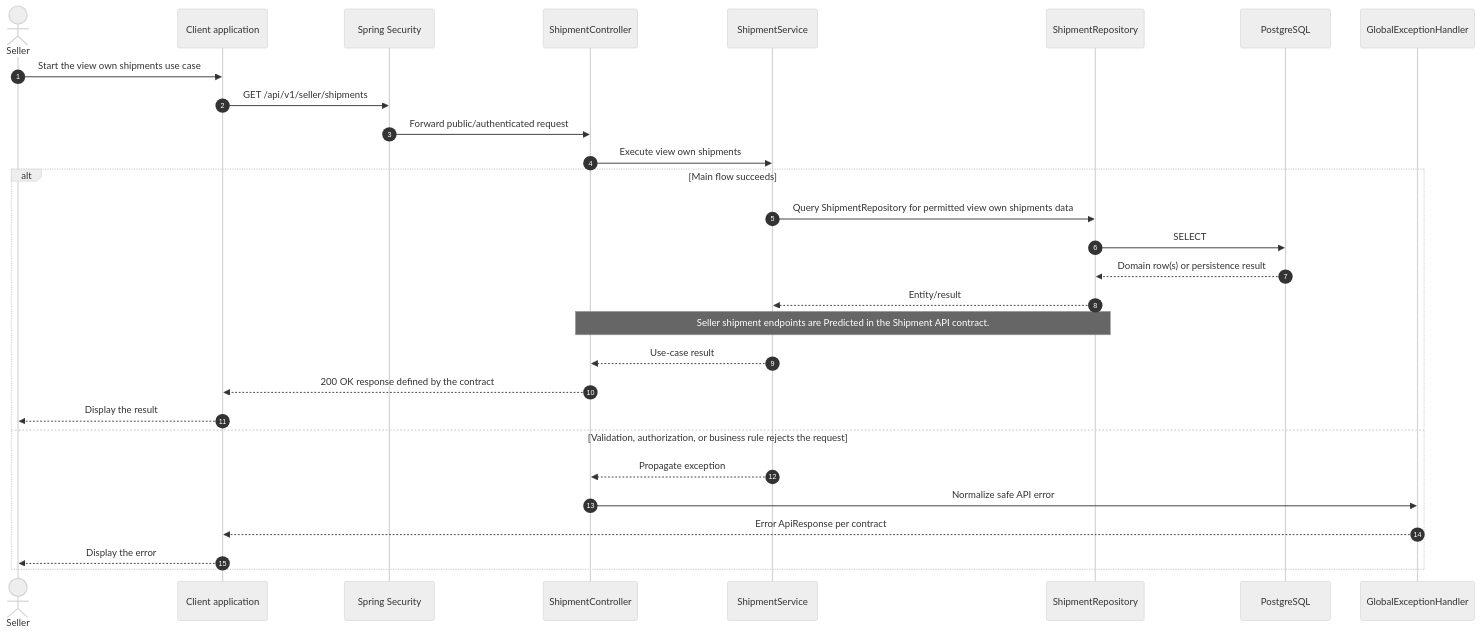
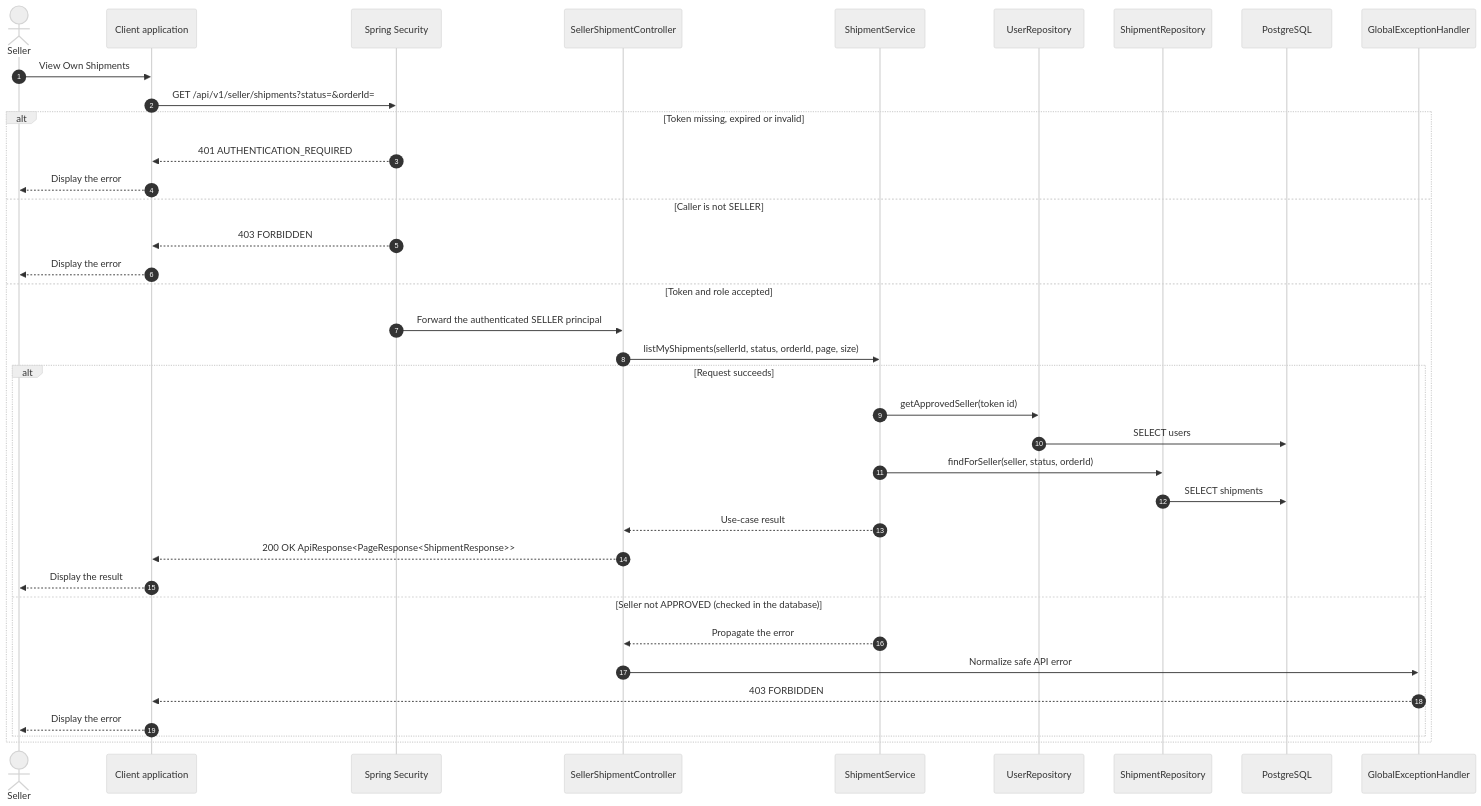
One commit to e-commercial-marketplace/commerce-platform-docs changed the diagram in sequence-diagram/seller/view-own-shipments.md. Above: the diagram before and after it, drawn with Mermaid (neutral theme). The commit also changed other lines of this file and 232 other files, not shown here.

Commit message:
docs(usecase): align use cases, specs, activity and sequence diagrams with the backend

````diff
--- a/sequence-diagram/seller/view-own-shipments.md
+++ b/sequence-diagram/seller/view-own-shipments.md
@@ -9,31 +7,39 @@
 ```mermaid
 sequenceDiagram
     autonumber
     actor Seller
     participant Client as Client application
     participant Security as Spring Security
-    participant Controller as ShipmentController
+    participant Controller as SellerShipmentController
     participant Service as ShipmentService
+    participant Users as UserRepository
     participant Repo as ShipmentRepository
     participant DB as PostgreSQL
     participant Handler as GlobalExceptionHandler
-    Seller->>Client: Start the view own shipments use case
-    Client->>Security: GET /api/v1/seller/shipments
-    Security->>Controller: Forward public/authenticated request
-    Controller->>Service: Execute view own shipments
-    alt Main flow succeeds
-        Service->>Repo: Query ShipmentRepository for permitted view own shipments data
-        Repo->>DB: SELECT
-        DB-->>Repo: Domain row(s) or persistence result
-        Repo-->>Service: Entity/result
-        Note over Controller,Repo: Seller shipment endpoints are Predicted in the Shipment API contract.
-        Service-->>Controller: Use-case result
-        Controller-->>Client: 200 OK response defined by the contract
-        Client-->>Seller: Display the result
-    else Validation, authorization, or business rule rejects the request
-        Service-->>Controller: Propagate exception
-        Controller->>Handler: Normalize safe API error
-        Handler-->>Client: Error ApiResponse per contract
+    Seller->>Client: View Own Shipments
+    Client->>Security: GET /api/v1/seller/shipments?status=&orderId=
+    alt Token missing, expired or invalid
+        Security-->>Client: 401 AUTHENTICATION_REQUIRED
         Client-->>Seller: Display the error
+    else Caller is not SELLER
+        Security-->>Client: 403 FORBIDDEN
+        Client-->>Seller: Display the error
+    else Token and role accepted
+        Security->>Controller: Forward the authenticated SELLER principal
+        Controller->>Service: listMyShipments(sellerId, status, orderId, page, size)
+        alt Request succeeds
+            Service->>Users: getApprovedSeller(token id)
+            Users->>DB: SELECT users
+            Service->>Repo: findForSeller(seller, status, orderId)
+            Repo->>DB: SELECT shipments
+            Service-->>Controller: Use-case result
+            Controller-->>Client: 200 OK ApiResponse<PageResponse<ShipmentResponse>>
+            Client-->>Seller: Display the result
+        else Seller not APPROVED (checked in the database)
+            Service-->>Controller: Propagate the error
+            Controller->>Handler: Normalize safe API error
+            Handler-->>Client: 403 FORBIDDEN
+            Client-->>Seller: Display the error
+        end
     end
 ```
````
